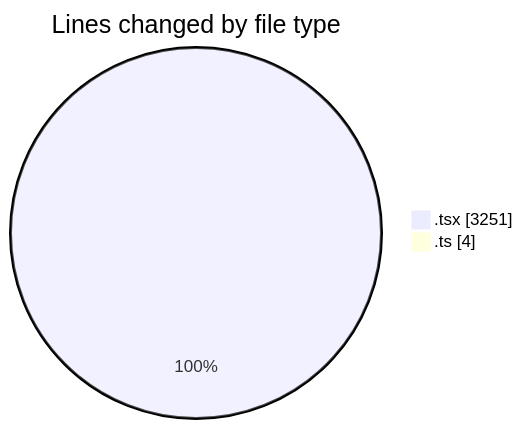
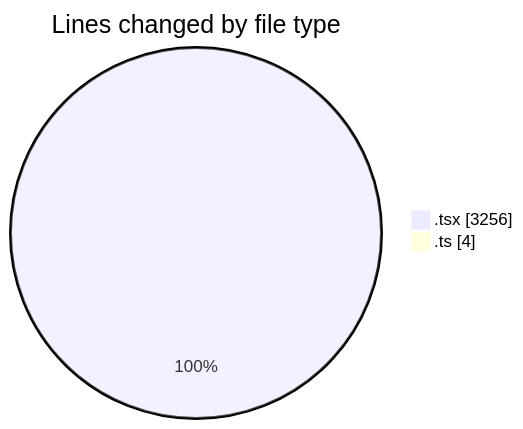
The first of 2 diagrams in 2026-05-19/nxtqube_webapp/README.md (nxtqubesakshisongat/code-tracking), drawn with Mermaid before and after one commit. The commit also changed other lines of this file and 1 other file, not shown here.

````diff
--- a/2026-05-19/nxtqube_webapp/README.md
+++ b/2026-05-19/nxtqube_webapp/README.md
@@ -28,6 +28,6 @@
 ```mermaid
 pie showData
 title Lines changed by file type
-".tsx" : 3251
+".tsx" : 3256
 ".ts" : 4
 ```
````
